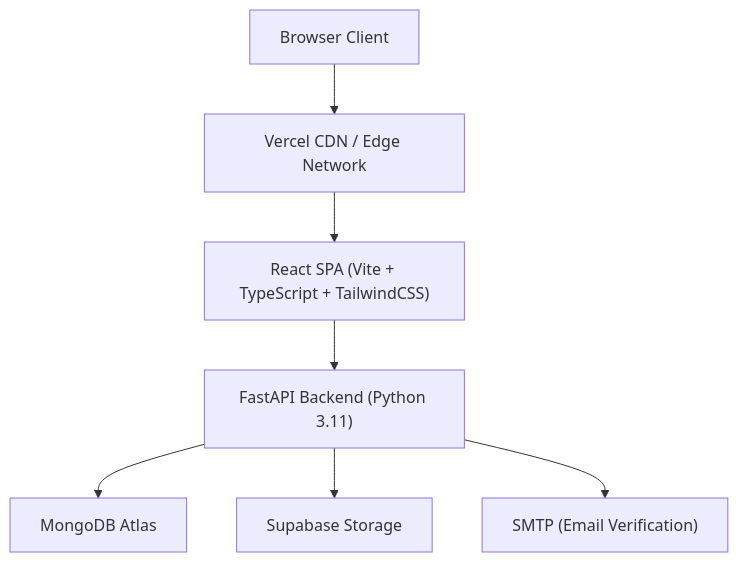
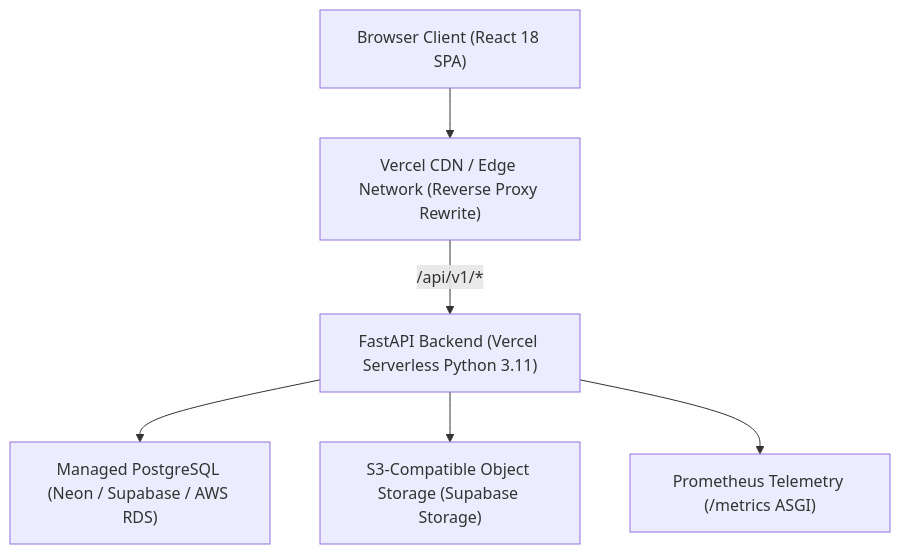
Before and after one commit to yashbaviskar15/acos: the diagram in README.md, drawn with Mermaid. The commit also changed other lines of this file and 67 other files, not shown here.

````diff
--- a/README.md
+++ b/README.md
@@ -17,16 +17,15 @@
 ```mermaid
 graph TB
-    Browser["Browser Client"]
-    CDN["Vercel CDN / Edge Network"]
-    SPA["React SPA (Vite + TypeScript + TailwindCSS)"]
-    API["FastAPI Backend (Python 3.11)"]
-    DB["MongoDB Atlas"]
-    Storage["Supabase Storage"]
-    SMTP["SMTP (Email Verification)"]
+    Browser["Browser Client (React 18 SPA)"]
+    CDN["Vercel CDN / Edge Network (Reverse Proxy Rewrite)"]
+    API["FastAPI Backend (Vercel Serverless Python 3.11)"]
+    DB["Managed PostgreSQL (Neon / Supabase / AWS RDS)"]
+    Storage["S3-Compatible Object Storage (Supabase Storage)"]
+    Prometheus["Prometheus Telemetry (/metrics ASGI)"]
 
-    Browser --> CDN --> SPA
-    SPA --> API
+    Browser --> CDN
+    CDN -->|"/api/v1/*"| API
     API --> DB
     API --> Storage
-    API --> SMTP
+    API --> Prometheus
 ```
````
